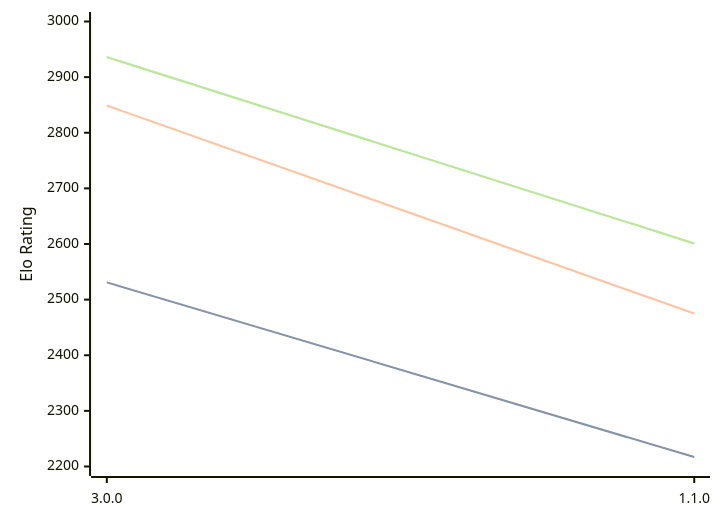
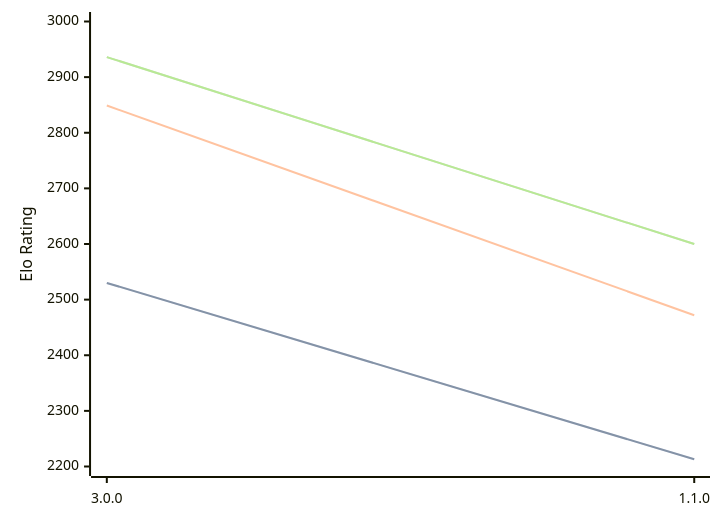
Before and after one commit to computer-chess-index/cci: the first of 3 diagrams in engines/Potential.md, drawn with Mermaid. The commit also changed other lines of this file, not shown here.

Commit message:
Update CCI Ratings (ELO VLTC) - 2026-07-15

````diff
--- a/engines/Potential.md
+++ b/engines/Potential.md
@@ -34,11 +34,11 @@
 ```mermaid
 %%{init: {"theme":"base","themeVariables":{"seriesColors:['#a3a3a3','#222221','#faa371']}}}%%
 xychart-beta
   x-axis ["3.0.0", "1.1.0"]
   y-axis "Elo Rating" 2200 --> 3000
-  line "STC (8.0+0.08s)" [2531, 2217]
-  line "STC (8.0+0.08s)" [2531, 2217]
-  line "LTC (60.0+0.60s)" [2849, 2475]
-  line "VLTC (2m24s+1.12s)" [2936, 2601]
-  line "VLTC (2m24s+1.12s)" [2936, 2601]
+  line "STC (8.0+0.08s)" [2530, 2213]
+  line "STC (8.0+0.08s)" [2530, 2213]
+  line "LTC (60.0+0.60s)" [2849, 2472]
+  line "VLTC (2m24s+1.12s)" [2936, 2600]
+  line "VLTC (2m24s+1.12s)" [2936, 2600]
 ```
````
